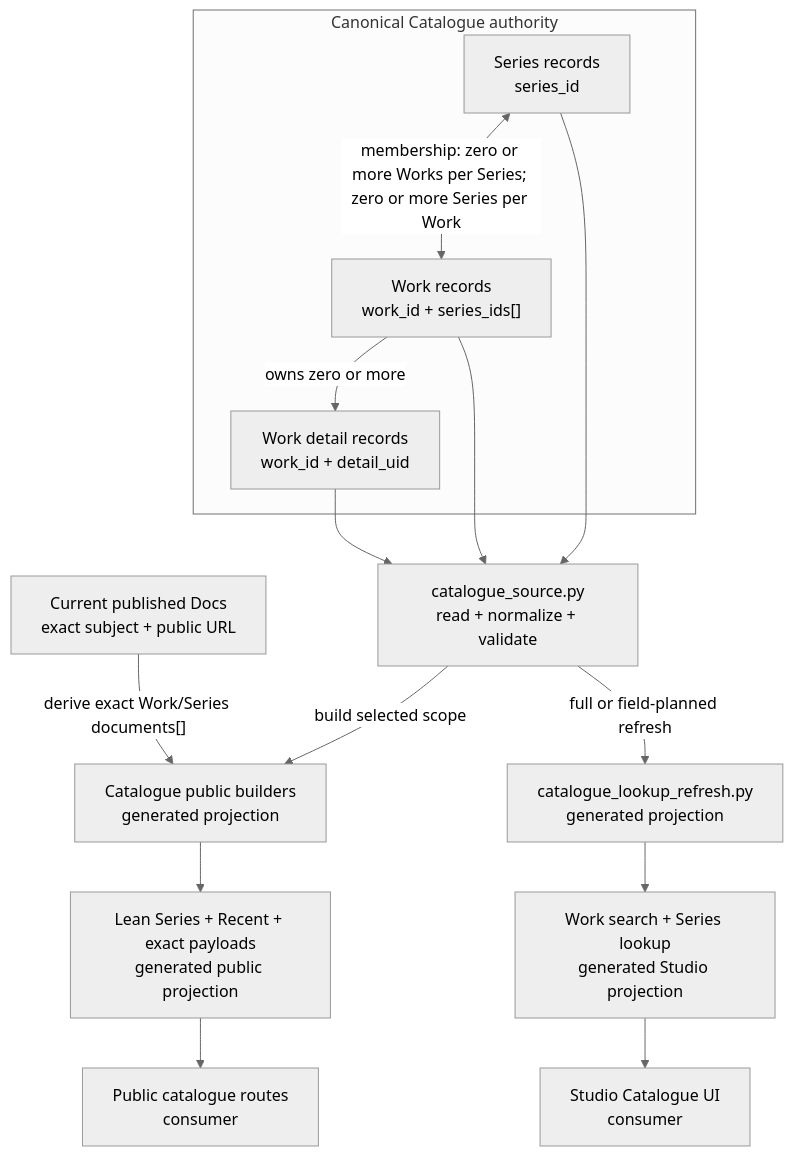
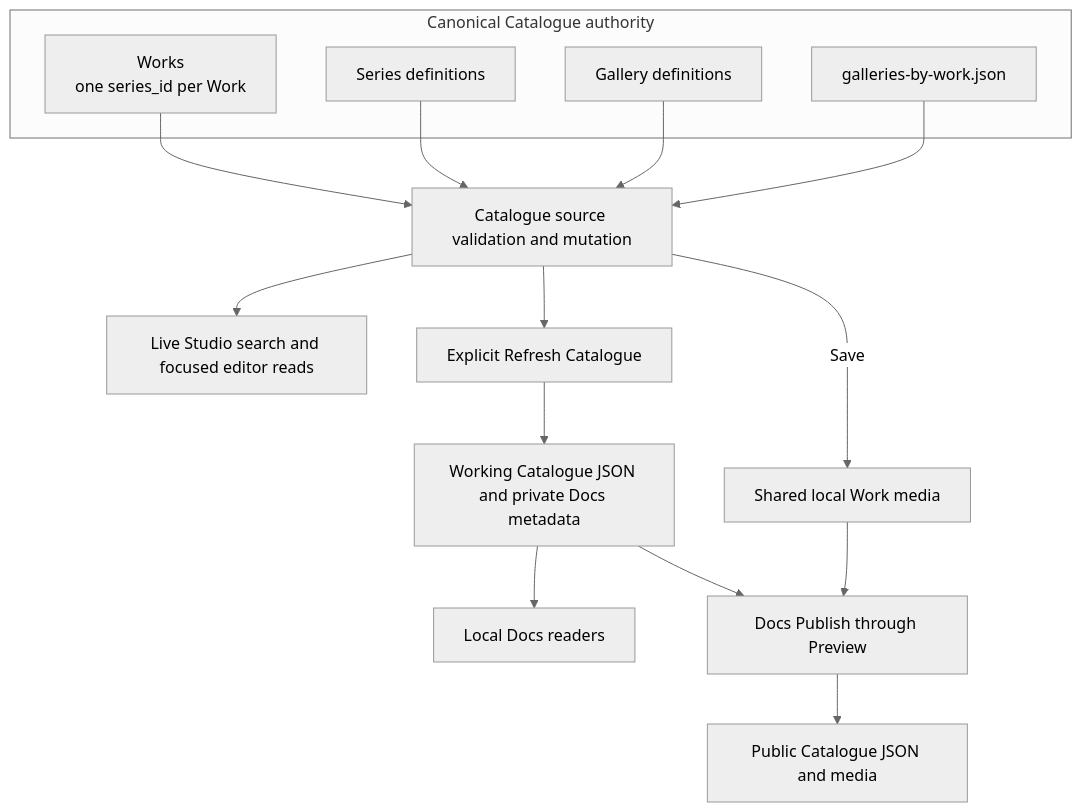
The diagram in documentation/studio/Catalogue_Data_Model_Map.md (dotlineform/dotlineform-site), drawn with Mermaid (neutral theme) before and after one commit. The commit also changed other lines of this file and 42 other files, not shown here.

Commit message:
Catalogue Save and Refresh split

````diff
--- a/documentation/studio/Catalogue_Data_Model_Map.md
+++ b/documentation/studio/Catalogue_Data_Model_Map.md
@@ -20,28 +19,28 @@
 ```mermaid
 flowchart TB
-    accTitle: Catalogue canonical model and read projections
-    accDescr: Canonical Series, Works, and Work details are validated by the source model and passed to separate public generation and Studio lookup refresh paths; exact published Docs subjects and locations enrich only public Work and Series by-ID payloads.
+    accTitle: Catalogue source and reader projections
+    accDescr: Validated canonical Work, Series, Gallery and membership source feeds live Studio editor reads. Save prepares shared local media. Explicit Refresh builds Working Catalogue JSON and private Docs metadata, which Docs Publish later captures for public distribution.
     subgraph canonical["Canonical Catalogue authority"]
-        series["Series records<br/>series_id"]
-        works["Work records<br/>work_id + series_ids[]"]
-        details["Work detail records<br/>work_id + detail_uid"]
-        series <-->|"membership: zero or more Works per Series; zero or more Series per Work"| works
-        works -->|"owns zero or more"| details
+        works["Works<br/>one series_id per Work"]
+        series["Series definitions"]
+        galleries["Gallery definitions"]
+        memberships["galleries-by-work.json"]
     end
-    source["catalogue_source.py<br/>read + normalize + validate"]
-    publicDocs["Current published Docs<br/>exact subject + public URL"]
-    publicBuild["Catalogue public builders<br/>generated projection"]
-    studioBuild["catalogue_lookup_refresh.py<br/>generated projection"]
-    publicData["Lean Series + Recent + exact payloads<br/>generated public projection"]
-    studioData["Work search + Series lookup<br/>generated Studio projection"]
-    publicConsumer["Public catalogue routes<br/>consumer"]
-    studioConsumer["Studio Catalogue UI<br/>consumer"]
+    source["Catalogue source validation and mutation"]
+    media["Shared local Work media"]
+    studio["Live Studio search and focused editor reads"]
+    refresh["Explicit Refresh Catalogue"]
+    working["Working Catalogue JSON and private Docs metadata"]
+    docs["Local Docs readers"]
+    publish["Docs Publish through Preview"]
+    public["Public Catalogue JSON and media"]
+    works --> source
     series --> source
-    works --> source
-    details --> source
-    source -->|"build selected scope"| publicBuild
-    publicDocs -->|"derive exact Work/Series documents[]"| publicBuild
-    source -->|"full or field-planned refresh"| studioBuild
-    publicBuild --> publicData --> publicConsumer
-    studioBuild --> studioData --> studioConsumer
+    galleries --> source
+    memberships --> source
+    source -->|"Save"| media
+    source --> studio
+    source --> refresh --> working --> docs
+    working --> publish --> public
+    media --> publish
 ```
````
